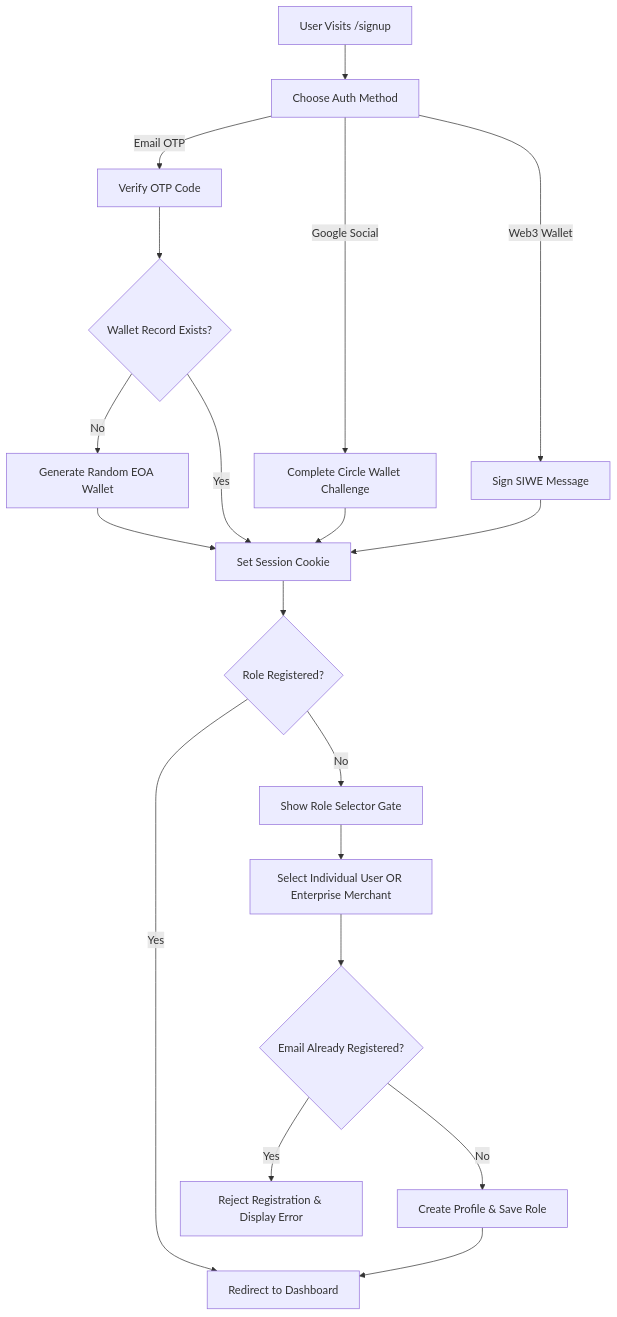
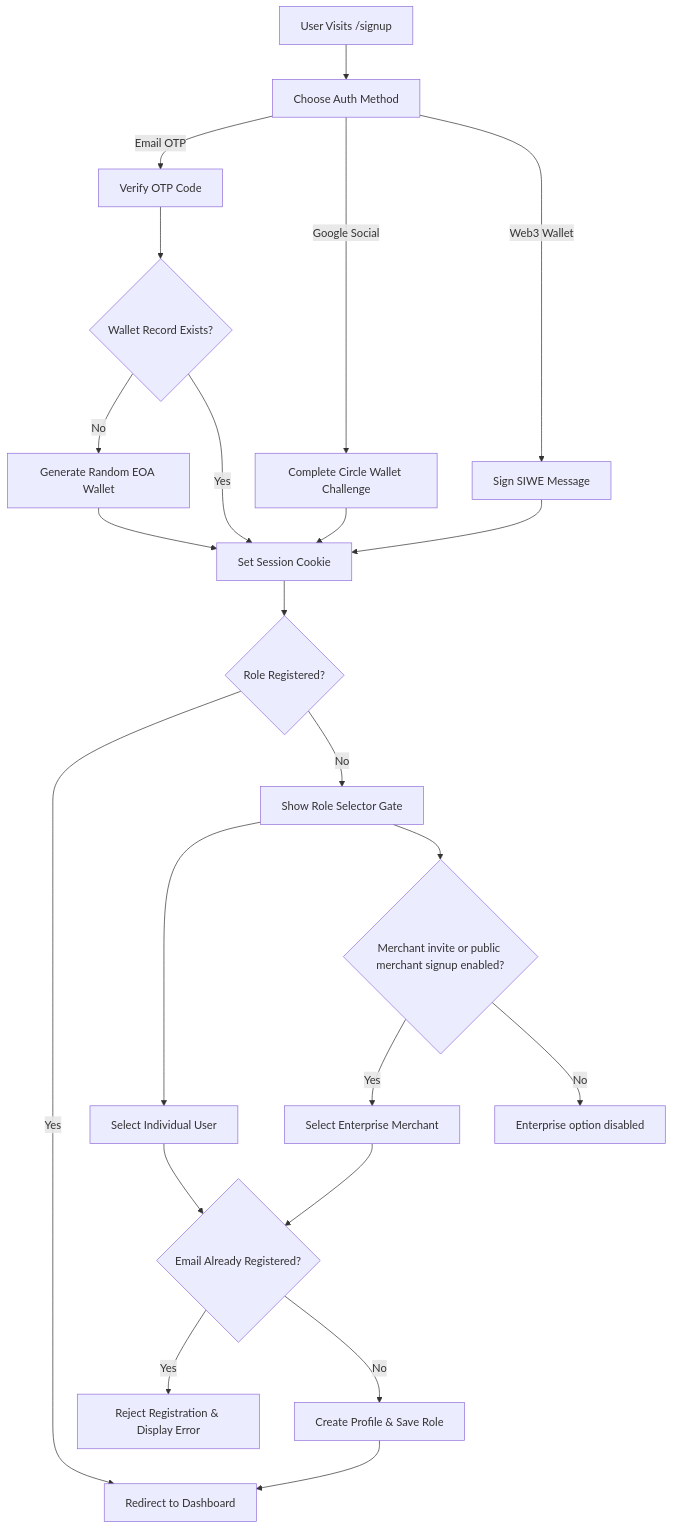
Before and after one commit to KristienOWeb3/SubScript: the diagram in docs/ONBOARDING.md, drawn with Mermaid. The commit also changed other lines of this file and 46 other files, not shown here.

````diff
--- a/docs/ONBOARDING.md
+++ b/docs/ONBOARDING.md
@@ -43,25 +43,29 @@
 ```mermaid
 graph TD
     Start[User Visits /signup] --> Select[Choose Auth Method]
     Select -->|Email OTP| VerifyOTP[Verify OTP Code]
     Select -->|Google Social| CompleteCircle[Complete Circle Wallet Challenge]
     Select -->|Web3 Wallet| SignSIWE[Sign SIWE Message]
     
     VerifyOTP --> checkWallet{Wallet Record Exists?}
     checkWallet -->|No| CreateWallet[Generate Random EOA Wallet]
     checkWallet -->|Yes| SetSession[Set Session Cookie]
     CreateWallet --> SetSession
     CompleteCircle --> SetSession
     SignSIWE --> SetSession
     
     SetSession --> RoleCheck{Role Registered?}
     RoleCheck -->|Yes| RedirectDash[Redirect to Dashboard]
     RoleCheck -->|No| ShowSelector[Show Role Selector Gate]
     
-    ShowSelector --> SelectRole[Select Individual User OR Enterprise Merchant]
+    ShowSelector --> SelectRole[Select Individual User]
+    ShowSelector --> MerchantInvite{Merchant invite or public merchant signup enabled?}
+    MerchantInvite -->|Yes| SelectMerchant[Select Enterprise Merchant]
+    MerchantInvite -->|No| UserOnly[Enterprise option disabled]
     SelectRole --> CheckEmailConflict{Email Already Registered?}
+    SelectMerchant --> CheckEmailConflict
     CheckEmailConflict -->|Yes| ShowError[Reject Registration & Display Error]
     CheckEmailConflict -->|No| RegisterAccount[Create Profile & Save Role]
     
     RegisterAccount --> RedirectDash
 ```
````
